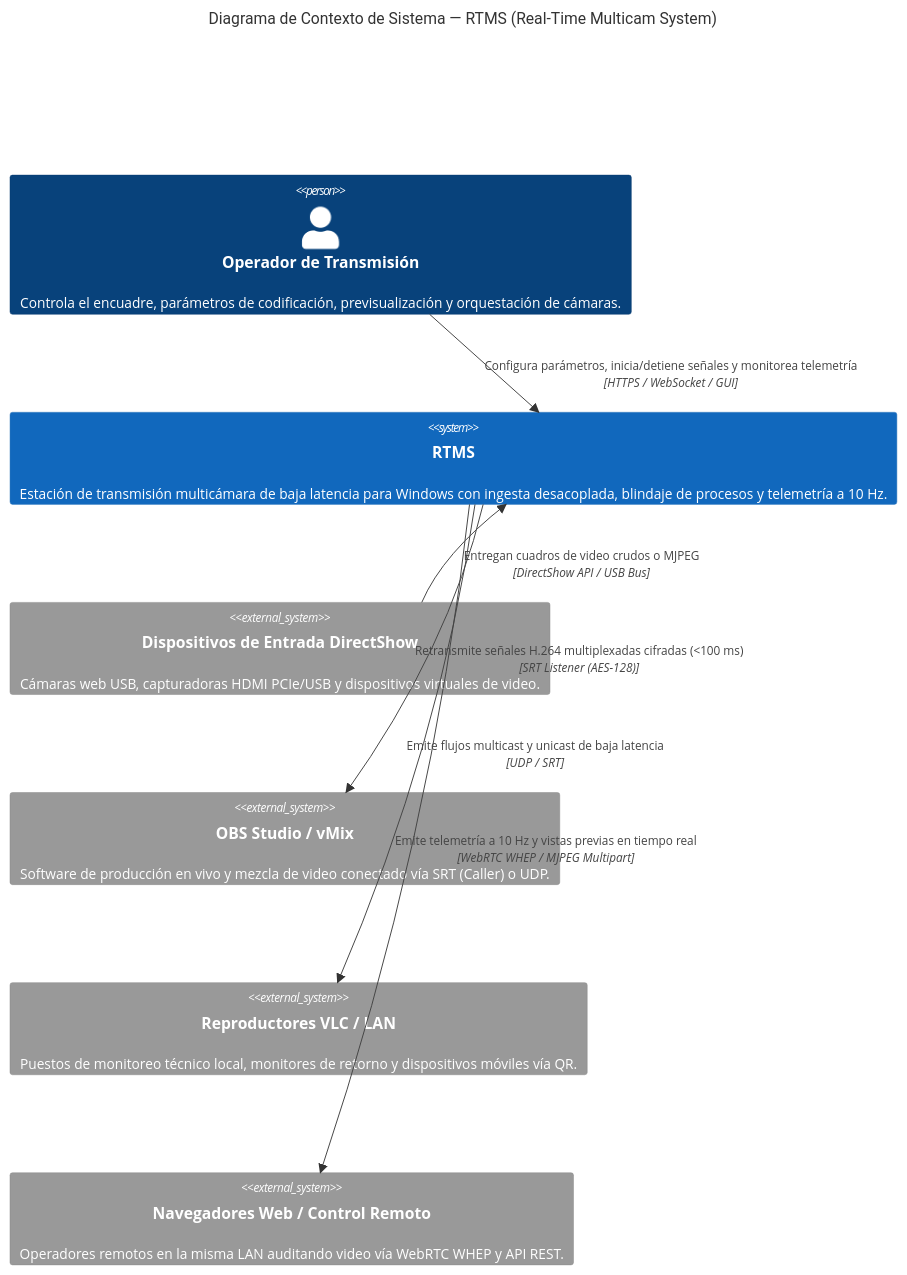
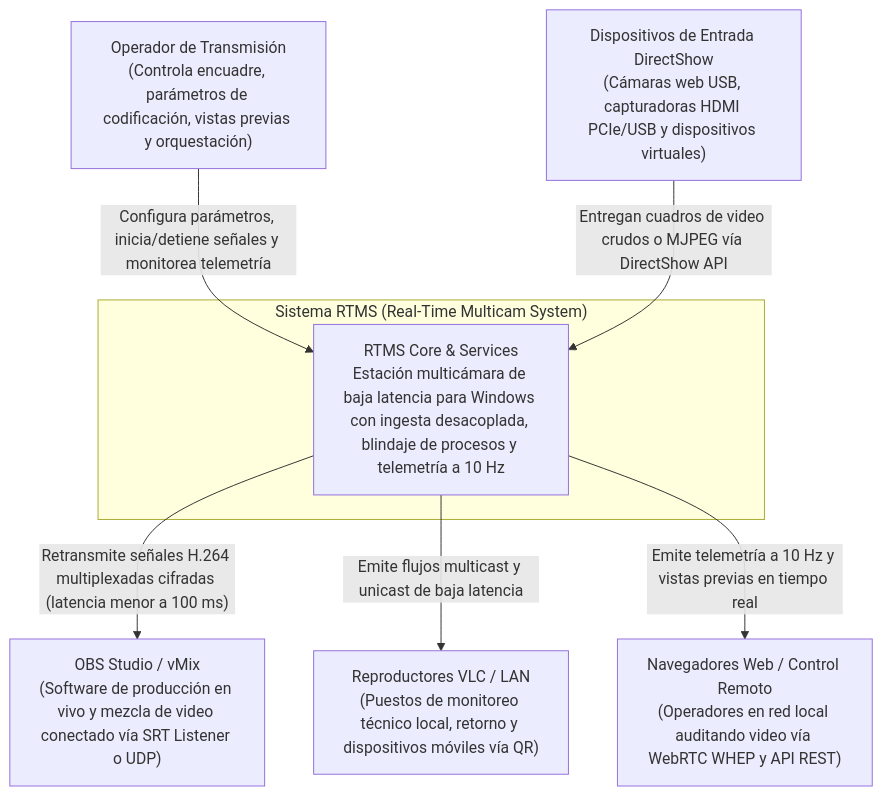
One commit to FJYarsky/RTMS changed the first of 4 diagrams in docs/architecture/c4-system-architecture.md. Above: the diagram before and after it, drawn with Mermaid. The commit also changed other lines of this file and 12 other files, not shown here.

````diff
--- a/docs/architecture/c4-system-architecture.md
+++ b/docs/architecture/c4-system-architecture.md
@@ -14,19 +14,19 @@
 ```mermaid
-C4Context
-    title Diagrama de Contexto de Sistema — RTMS (Real-Time Multicam System)
+flowchart TB
+    operator["Operador de Transmisión<br/>(Controla encuadre, parámetros de codificación, vistas previas y orquestación)"]
+    
+    subgraph RTMS_SYSTEM [" Sistema RTMS (Real-Time Multicam System) "]
+        rtms["RTMS Core & Services<br/>Estación multicámara de baja latencia para Windows con ingesta desacoplada, blindaje de procesos y telemetría a 10 Hz"]
+    end
 
-    Person(operator, "Operador de Transmisión", "Controla el encuadre, parámetros de codificación, previsualización y orquestación de cámaras.")
-    
-    System(rtms, "RTMS", "Estación de transmisión multicámara de baja latencia para Windows con ingesta desacoplada, blindaje de procesos y telemetría a 10 Hz.")
+    cameras["Dispositivos de Entrada DirectShow<br/>(Cámaras web USB, capturadoras HDMI PCIe/USB y dispositivos virtuales)"]
+    obs["OBS Studio / vMix<br/>(Software de producción en vivo y mezcla de video conectado vía SRT Listener o UDP)"]
+    vlc["Reproductores VLC / LAN<br/>(Puestos de monitoreo técnico local, retorno y dispositivos móviles vía QR)"]
+    browser["Navegadores Web / Control Remoto<br/>(Operadores en red local auditando video vía WebRTC WHEP y API REST)"]
 
-    System_Ext(cameras, "Dispositivos de Entrada DirectShow", "Cámaras web USB, capturadoras HDMI PCIe/USB y dispositivos virtuales de video.")
-    System_Ext(obs, "OBS Studio / vMix", "Software de producción en vivo y mezcla de video conectado vía SRT (Caller) o UDP.")
-    System_Ext(vlc, "Reproductores VLC / LAN", "Puestos de monitoreo técnico local, monitores de retorno y dispositivos móviles vía QR.")
-    System_Ext(browser, "Navegadores Web / Control Remoto", "Operadores remotos en la misma LAN auditando video vía WebRTC WHEP y API REST.")
-
-    Rel(operator, rtms, "Configura parámetros, inicia/detiene señales y monitorea telemetría", "HTTPS / WebSocket / GUI")
-    Rel(cameras, rtms, "Entregan cuadros de video crudos o MJPEG", "DirectShow API / USB Bus")
-    Rel(rtms, obs, "Retransmite señales H.264 multiplexadas cifradas (<100 ms)", "SRT Listener (AES-128)")
-    Rel(rtms, vlc, "Emite flujos multicast y unicast de baja latencia", "UDP / SRT")
-    Rel(rtms, browser, "Emite telemetría a 10 Hz y vistas previas en tiempo real", "WebRTC WHEP / MJPEG Multipart")
+    operator -->|"Configura parámetros, inicia/detiene señales y monitorea telemetría"| rtms
+    cameras -->|"Entregan cuadros de video crudos o MJPEG vía DirectShow API"| rtms
+    rtms -->|"Retransmite señales H.264 multiplexadas cifradas (latencia menor a 100 ms)"| obs
+    rtms -->|"Emite flujos multicast y unicast de baja latencia"| vlc
+    rtms -->|"Emite telemetría a 10 Hz y vistas previas en tiempo real"| browser
 ```
````
